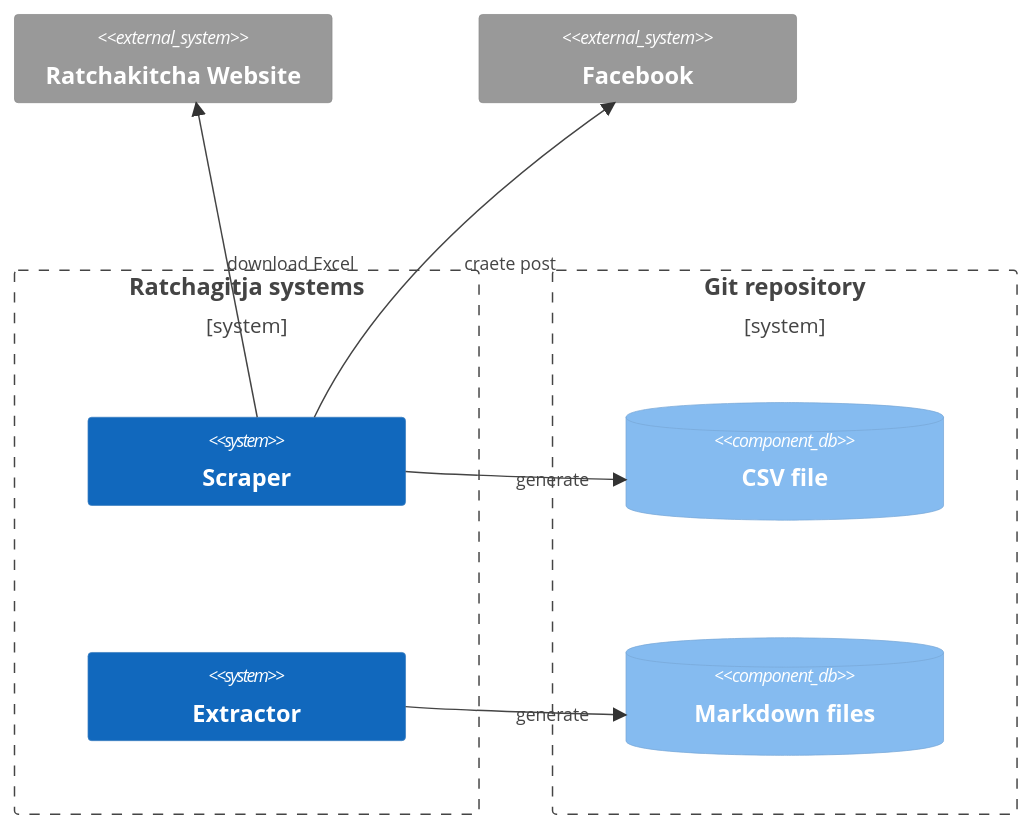
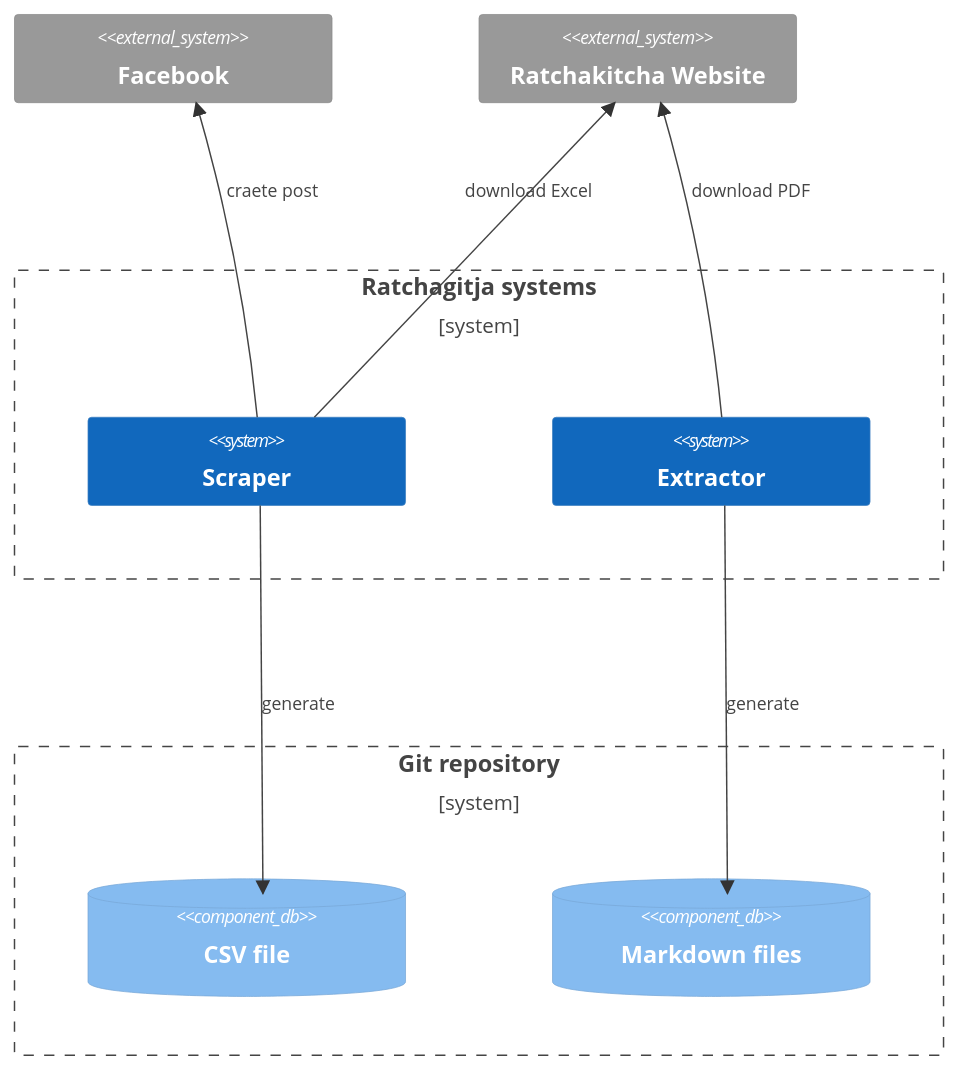
Before and after one commit to narze/ratchagitja.md: the first of 2 diagrams in README.md, drawn with Mermaid. The commit also changed other lines of this file, not shown here.

Commit message:
docs: fix system diagram
- fis system diagram style

````diff
--- a/README.md
+++ b/README.md
@@ -29,20 +29,26 @@
 ```mermaid
 C4Component
+  System_Ext(facebook, "Facebook")
   System_Ext(ratchakitcha, "Ratchakitcha Website")
-  System_Ext(facebook, "Facebook")
 
   Boundary(b1, "Ratchagitja systems") {
     System(scraper, "Scraper")
     System(extractor, "Extractor")
   }
 
   Boundary(b2, "Git repository") {
     ComponentDb(csv, "CSV file")
     ComponentDb(markdown, "Markdown files")
   }
 
   Rel(scraper, ratchakitcha, "download Excel")
+  UpdateRelStyle(scraper, ratchakitcha, $offsetY="-50")
   Rel(scraper, facebook, "craete post")
+  UpdateRelStyle(scraper, facebook, $offsetY="-50")
   Rel(scraper, csv, "generate")
+  Rel(extractor, ratchakitcha, "download PDF")
+  UpdateRelStyle(extractor, ratchakitcha, $offsetY="-50")
   Rel(extractor, markdown, "generate")
+
+  UpdateLayoutConfig($c4ShapeInRow="2", $c4BoundaryInRow="1")
 ```
````
